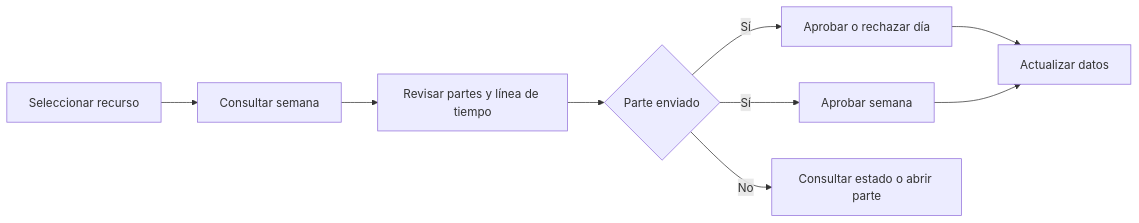
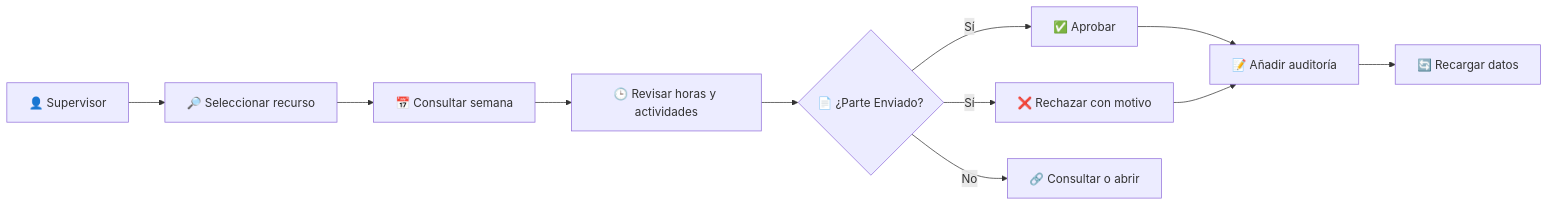
The first of 7 diagrams in README.md (danielcarelli-lgtm/AprobacionControlHorarioPCF), drawn with Mermaid before and after one commit. The commit also changed other lines of this file and 3 other files, not shown here.

Commit message:
feat: update version to 1.0.37; enhance user context retrieval and add audit logging functionality; improve README with detailed user flow and features

````diff
--- a/README.md
+++ b/README.md
@@ -38,11 +14,13 @@
-```mermaid
+~~~mermaid
 flowchart LR
-    A[Seleccionar recurso] --> B[Consultar semana]
-    B --> C[Revisar partes y línea de tiempo]
-    C --> D{Parte enviado}
-    D -->|Sí| E[Aprobar o rechazar día]
-    D -->|Sí| F[Aprobar semana]
-    D -->|No| G[Consultar estado o abrir parte]
-    E --> H[Actualizar datos]
-    F --> H
-```
+    R[👤 Supervisor] --> S[🔎 Seleccionar recurso]
+    S --> W[📅 Consultar semana]
+    W --> V[🕒 Revisar horas y actividades]
+    V --> D{📄 ¿Parte Enviado?}
+    D -->|Sí| A[✅ Aprobar]
+    D -->|Sí| X[❌ Rechazar con motivo]
+    D -->|No| O[🔗 Consultar o abrir]
+    A --> H[📝 Añadir auditoría]
+    X --> H
+    H --> U[🔄 Recargar datos]
+~~~
````
